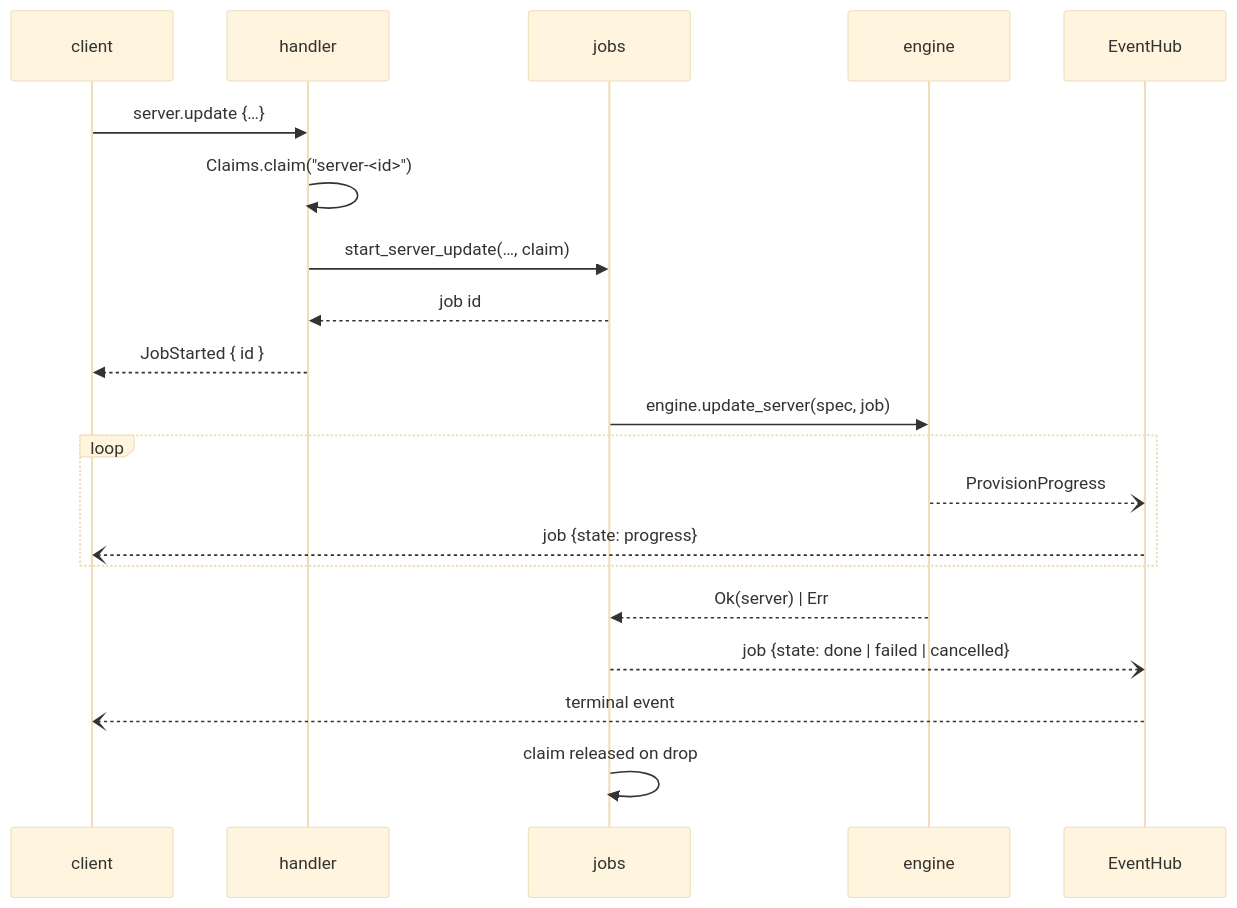
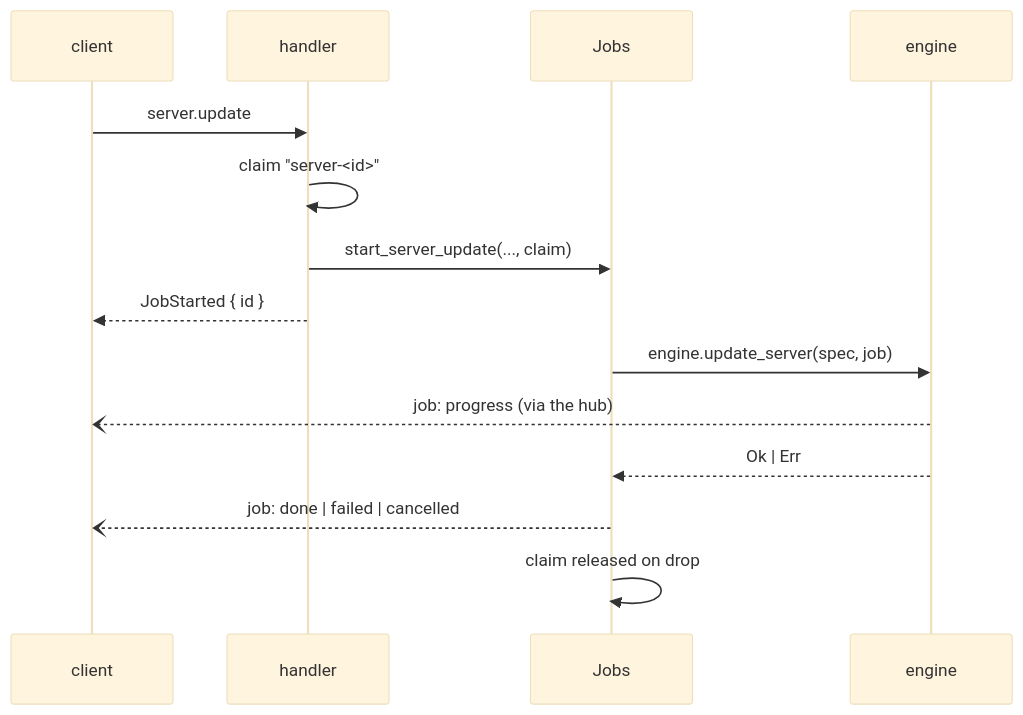
Before and after one commit to prytaneum/hestia: the second of 2 diagrams in docs/architecture/daemon.md, drawn with Mermaid (base theme). The commit also changed other lines of this file and 11 other files, not shown here.

Commit message:
docs(architecture): describe the current system only

````diff
--- a/docs/architecture/daemon.md
+++ b/docs/architecture/daemon.md
@@ -119,23 +63,16 @@
 ```mermaid
 sequenceDiagram
     participant C as client
     participant H as handler
-    participant M as jobs
+    participant M as Jobs
     participant E as engine
-    participant Hub as EventHub
-
-    C->>H: server.update {…}
-    H->>H: Claims.claim("server-<id>")
-    H->>M: start_server_update(…, claim)
-    M-->>H: job id
+    C->>H: server.update
+    H->>H: claim "server-<id>"
+    H->>M: start_server_update(..., claim)
     H-->>C: JobStarted { id }
     M->>E: engine.update_server(spec, job)
-    loop
-        E--)Hub: ProvisionProgress
-        Hub--)C: job {state: progress}
-    end
-    E-->>M: Ok(server) | Err
-    M--)Hub: job {state: done | failed | cancelled}
-    Hub--)C: terminal event
+    E--)C: job: progress (via the hub)
+    E-->>M: Ok | Err
+    M--)C: job: done | failed | cancelled
     M->>M: claim released on drop
 ```
````
